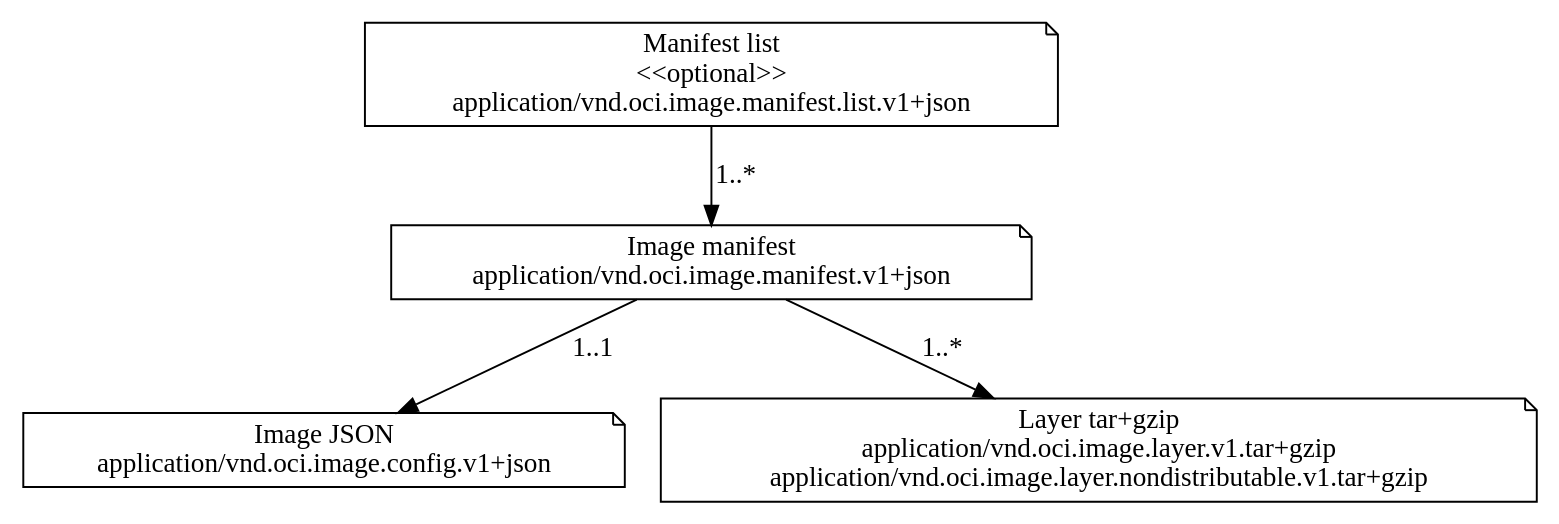
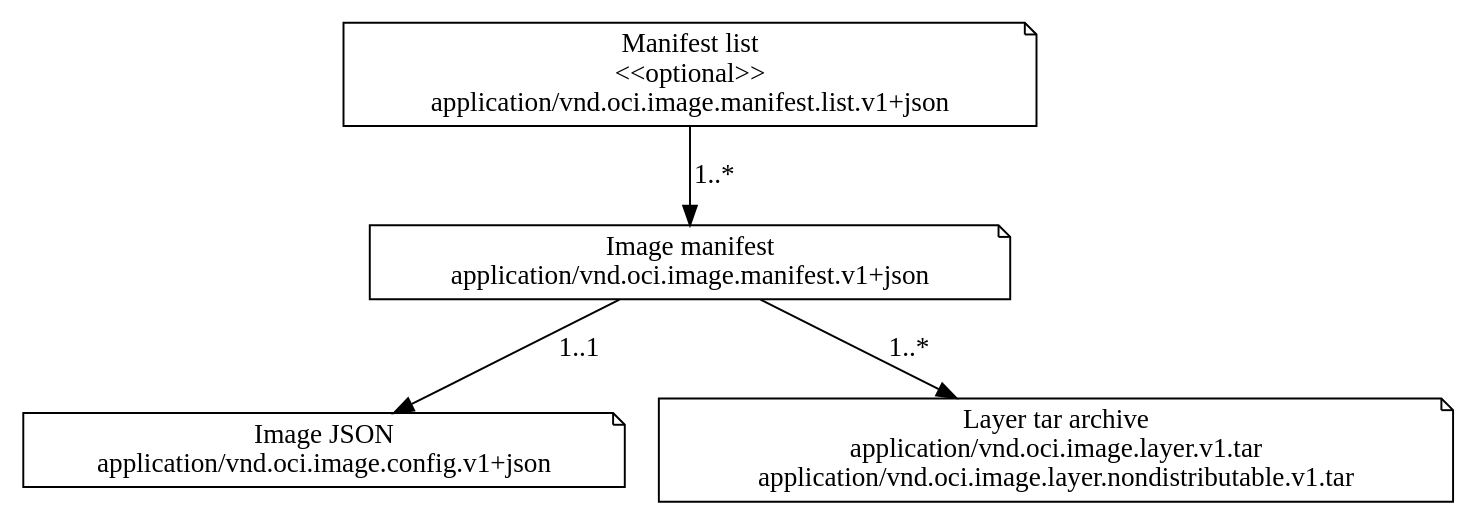
One commit to opencontainers/image-spec changed the diagram in img/media-types.dot. Above: the diagram before and after it, drawn with Graphviz. The commit also changed 5 other files, not shown here.

```diff
--- a/img/media-types.dot
+++ b/img/media-types.dot
@@ -1,12 +1,12 @@
 digraph G {
   {
     manifestList [shape=note, label="Manifest list\n<<optional>>\napplication/vnd.oci.image.manifest.list.v1+json"]
     manifest [shape=note, label="Image manifest\napplication/vnd.oci.image.manifest.v1+json"]
     config [shape=note, label="Image JSON\napplication/vnd.oci.image.config.v1+json"]
-    layer [shape=note, label="Layer tar+gzip\napplication/vnd.oci.image.layer.v1.tar+gzip\napplication/vnd.oci.image.layer.nondistributable.v1.tar+gzip"]
+    layer [shape=note, label="Layer tar archive\napplication/vnd.oci.image.layer.v1.tar\napplication/vnd.oci.image.layer.nondistributable.v1.tar"]
   }
 
   manifestList -> manifest [label="1..*"]
   manifest -> config [label="1..1"]
   manifest -> layer [label="1..*"]
 }
```
